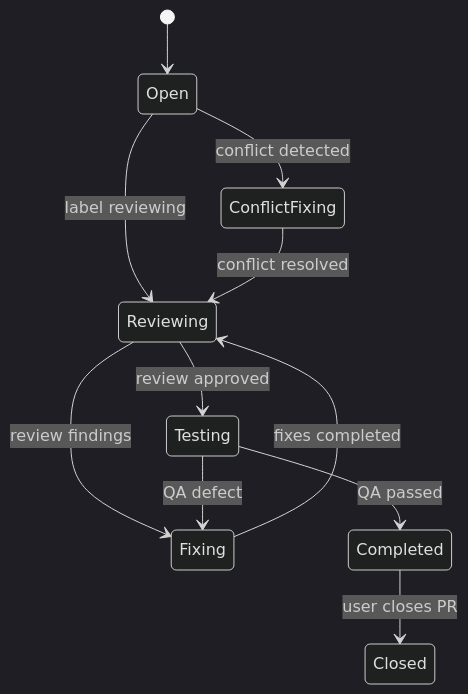
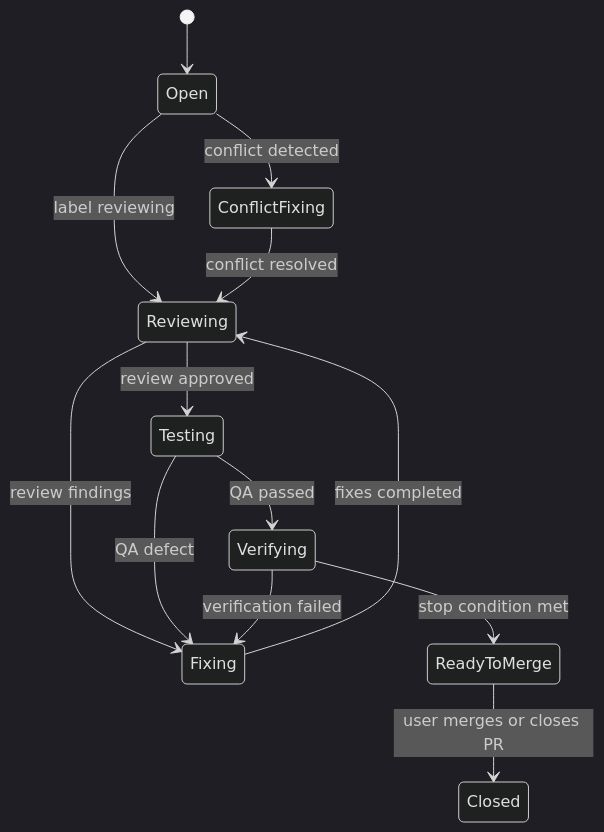
The third of 4 diagrams in docs/04-agent-job-state-machine.md (pluswing/oneteam), drawn with Mermaid (dark theme) before and after one commit. The commit also changed other lines of this file and 60 other files, not shown here.

````diff
--- a/docs/04-agent-job-state-machine.md
+++ b/docs/04-agent-job-state-machine.md
@@ -89,13 +89,15 @@
 ```mermaid
 stateDiagram-v2
   [*] --> Open
   Open --> Reviewing: label reviewing
   Reviewing --> Fixing: review findings
   Fixing --> Reviewing: fixes completed
   Reviewing --> Testing: review approved
   Testing --> Fixing: QA defect
-  Testing --> Completed: QA passed
+  Testing --> Verifying: QA passed
+  Verifying --> ReadyToMerge: stop condition met
+  Verifying --> Fixing: verification failed
   Open --> ConflictFixing: conflict detected
   ConflictFixing --> Reviewing: conflict resolved
-  Completed --> Closed: user closes PR
+  ReadyToMerge --> Closed: user merges or closes PR
 ```
````
